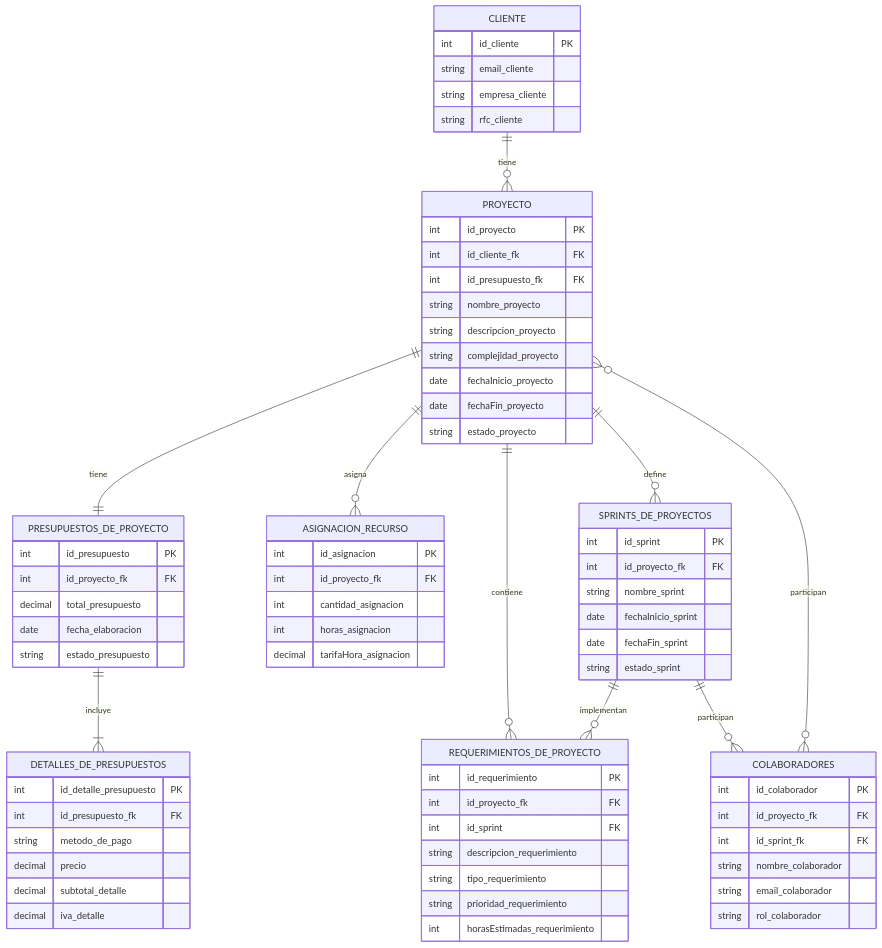
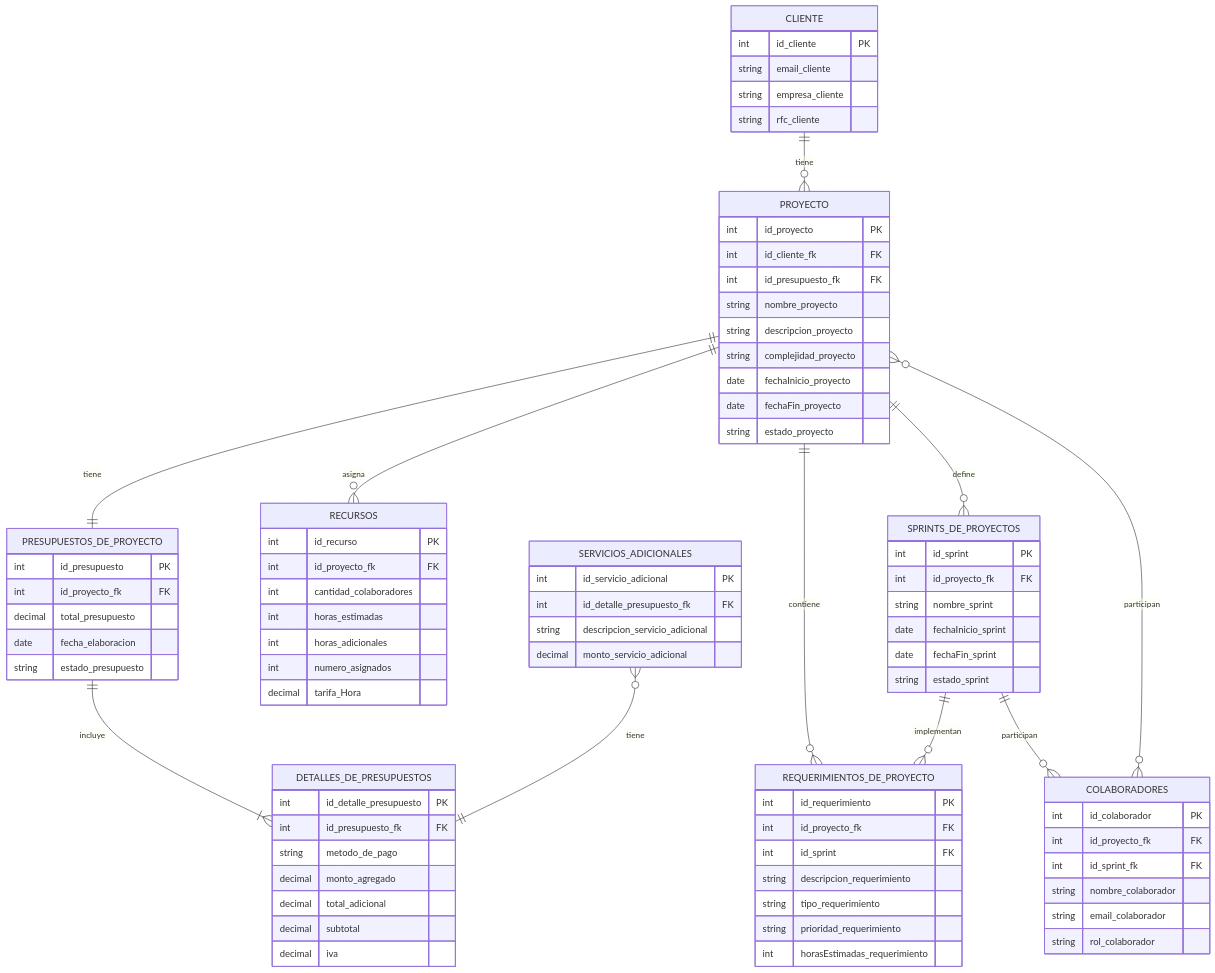
Before and after one commit to Pollix27/NGINX-Start_project: the diagram in src/main/resources/Diagramas/Diagrama ER.mermaid, drawn with Mermaid.

Commit message:
se actualizo el diagrama Entidad relacion

```diff
--- a/src/main/resources/Diagramas/Diagrama ER.mermaid
+++ b/src/main/resources/Diagramas/Diagrama ER.mermaid
@@ -1,85 +1,97 @@
 erDiagram
     CLIENTE ||--o{ PROYECTO : "tiene"
     PROYECTO ||--|| PRESUPUESTOS_DE_PROYECTO : "tiene"
-    PRESUPUESTOS_DE_PROYECTO ||--|{     DETALLES_DE_PRESUPUESTOS : "incluye"
-    PROYECTO ||--o{ ASIGNACION_RECURSO : "asigna"
+    PRESUPUESTOS_DE_PROYECTO ||--|{DETALLES_DE_PRESUPUESTOS : "incluye"
+    PROYECTO ||--o{ RECURSOS : "asigna"
     PROYECTO ||--o{ SPRINTS_DE_PROYECTOS  : "define"
     PROYECTO ||--o{ REQUERIMIENTOS_DE_PROYECTO : "contiene"
     SPRINTS_DE_PROYECTOS ||--o{REQUERIMIENTOS_DE_PROYECTO : "implementan"
     SPRINTS_DE_PROYECTOS ||--o{COLABORADORES : "participan"
     PROYECTO }o--o{ COLABORADORES : "participan"
+    SERVICIOS_ADICIONALES}o--|| DETALLES_DE_PRESUPUESTOS : "tiene"
 
 
 
 
     CLIENTE {
         int id_cliente PK
         string email_cliente
         string empresa_cliente
         string rfc_cliente
     }
 
     PROYECTO {
         int id_proyecto PK
         int id_cliente_fk FK
         int id_presupuesto_fk FK
         string nombre_proyecto
         string descripcion_proyecto
         string complejidad_proyecto
         date fechaInicio_proyecto
         date fechaFin_proyecto
         string estado_proyecto
     }
 
     REQUERIMIENTOS_DE_PROYECTO {
         int id_requerimiento PK
         int id_proyecto_fk FK
         int id_sprint FK
         string descripcion_requerimiento
         string tipo_requerimiento
         string prioridad_requerimiento
         int horasEstimadas_requerimiento
     }
 
     PRESUPUESTOS_DE_PROYECTO {
         int id_presupuesto PK
         int id_proyecto_fk FK
         decimal total_presupuesto
         date fecha_elaboracion
         string estado_presupuesto
     }
 
     DETALLES_DE_PRESUPUESTOS {
         int id_detalle_presupuesto PK
         int id_presupuesto_fk FK
         string metodo_de_pago
-        decimal precio
-        decimal subtotal_detalle
-        decimal iva_detalle
+        decimal monto_agregado
+        decimal total_adicional
+        decimal subtotal
+        decimal iva
     }
 
-    ASIGNACION_RECURSO {
-        int id_asignacion PK
+    RECURSOS {
+        int id_recurso PK
         int id_proyecto_fk FK
-        int cantidad_asignacion
-        int horas_asignacion
-        decimal tarifaHora_asignacion
+        int cantidad_colaboradores
+        int horas_estimadas
+        int horas_adicionales
+        int numero_asignados
+        decimal tarifa_Hora
     }
 
     SPRINTS_DE_PROYECTOS {
         int id_sprint PK
         int id_proyecto_fk FK
         string nombre_sprint
         date fechaInicio_sprint
         date fechaFin_sprint
         string estado_sprint
     }
 
     COLABORADORES {
         int id_colaborador PK
         int id_proyecto_fk FK
         int id_sprint_fk FK
         string nombre_colaborador
         string email_colaborador
         string rol_colaborador
     }
+
+    SERVICIOS_ADICIONALES{
+        int id_servicio_adicional PK
+        int id_detalle_presupuesto_fk FK
+        string descripcion_servicio_adicional
+        decimal monto_servicio_adicional
+
+    }
```
